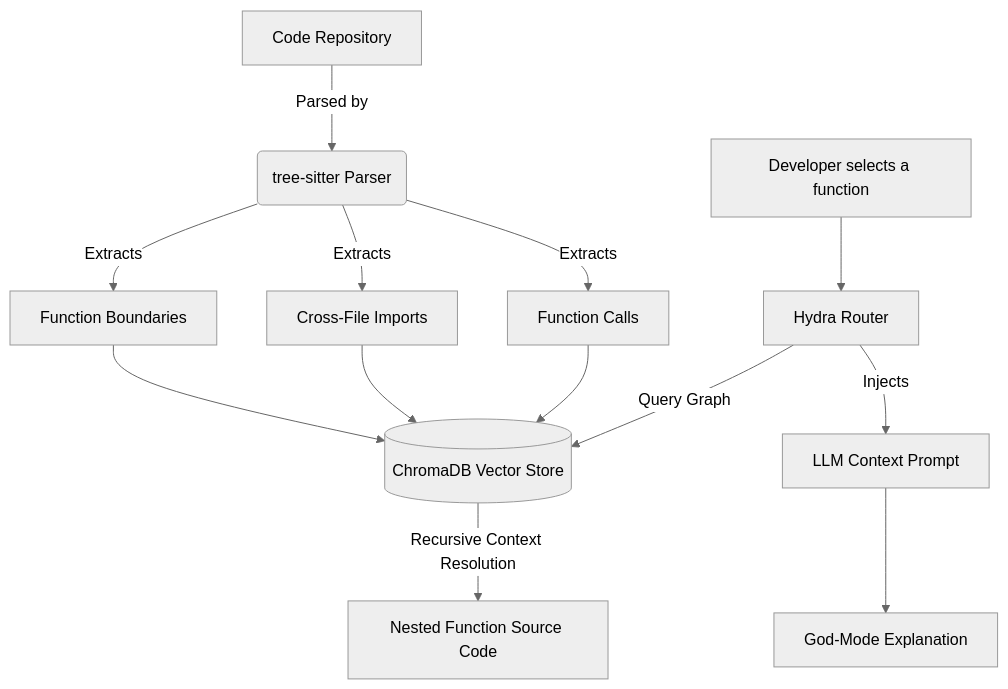
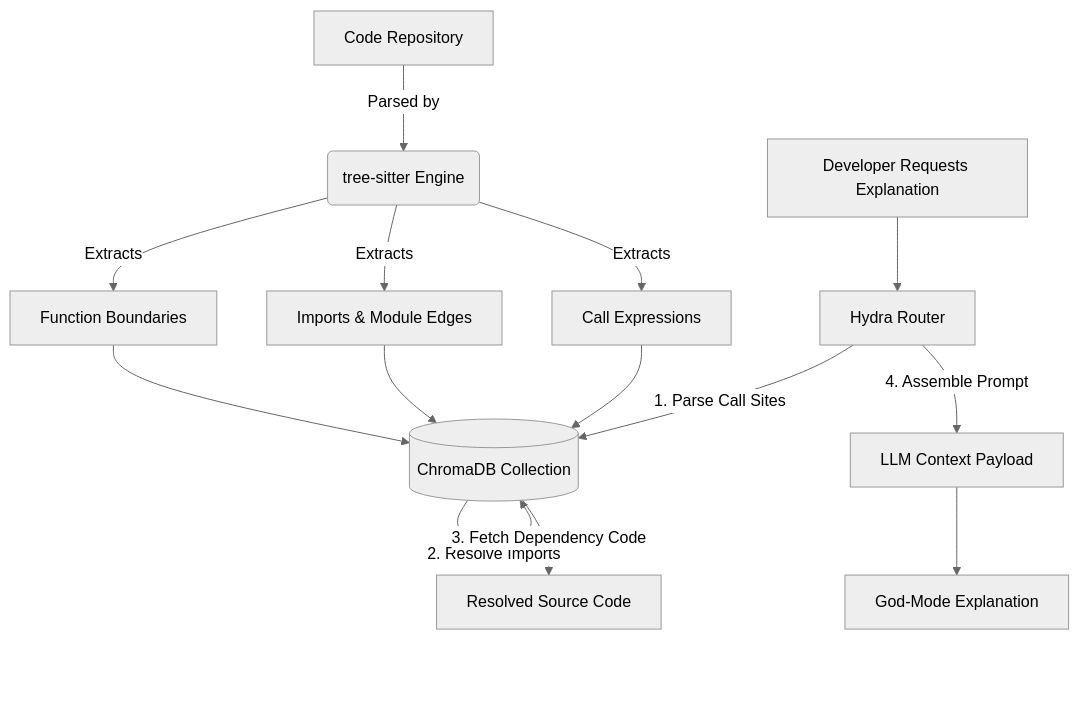
Before and after one commit to Hey-Astreon/Astra-Vision: the diagram in README.md, drawn with Mermaid (neutral theme). The commit also changed other lines of this file, not shown here.

````diff
--- a/README.md
+++ b/README.md
@@ -34,17 +47,18 @@
 ```mermaid
 graph TD
-    A[Code Repository] -->|Parsed by| B(tree-sitter Parser)
+    A[Code Repository] -->|Parsed by| B(tree-sitter Engine)
     B -->|Extracts| C[Function Boundaries]
-    B -->|Extracts| D[Cross-File Imports]
-    B -->|Extracts| E[Function Calls]
+    B -->|Extracts| D[Imports & Module Edges]
+    B -->|Extracts| E[Call Expressions]
     
-    C --> F[(ChromaDB Vector Store)]
+    C --> F[(ChromaDB Collection)]
     D --> F
     E --> F
     
-    G[Developer selects a function] --> H[Hydra Router]
-    H -->|Query Graph| F
-    F -->|Recursive Context Resolution| I[Nested Function Source Code]
-    H -->|Injects| J[LLM Context Prompt]
+    G[Developer Requests Explanation] --> H[Hydra Router]
+    H -->|1. Parse Call Sites| F
+    F -->|2. Resolve Imports| F
+    F -->|3. Fetch Dependency Code| I[Resolved Source Code]
+    H -->|4. Assemble Prompt| J[LLM Context Payload]
     J --> K[God-Mode Explanation]
 ```
````
